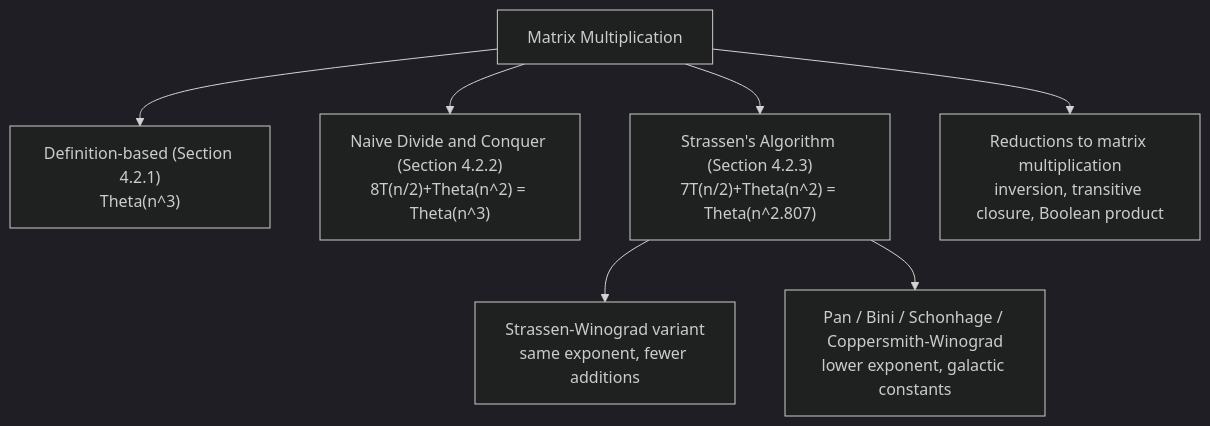
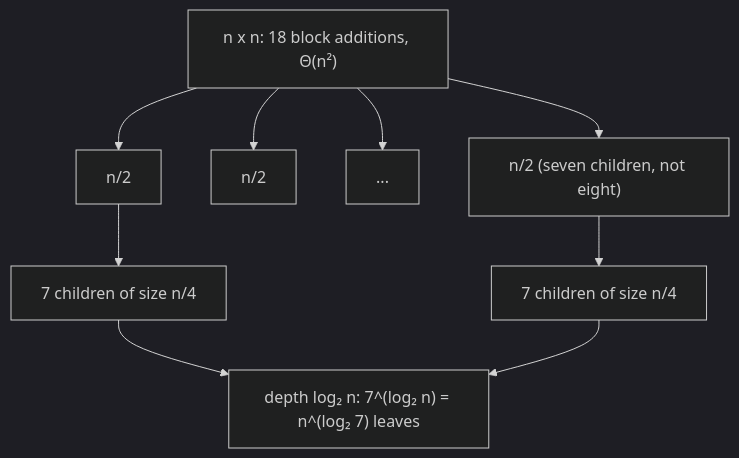
One commit to norbutlepcha25/CSF302 changed the second of 2 diagrams in docs/unit4/topic2.md. Above: the diagram before and after it, drawn with Mermaid (dark theme). The commit also changed other lines of this file and 79 other files, not shown here.

````diff
--- a/docs/unit4/topic2.md
+++ b/docs/unit4/topic2.md
@@ -1016,9 +261,11 @@
 ```mermaid
-graph TD
-    A["Matrix Multiplication"] --> B["Definition-based (Section 4.2.1)<br/>Theta(n^3)"]
-    A --> C["Naive Divide and Conquer (Section 4.2.2)<br/>8T(n/2)+Theta(n^2) = Theta(n^3)"]
-    A --> D["Strassen's Algorithm (Section 4.2.3)<br/>7T(n/2)+Theta(n^2) = Theta(n^2.807)"]
-    D --> E["Strassen-Winograd variant<br/>same exponent, fewer additions"]
-    D --> F["Pan / Bini / Schonhage / Coppersmith-Winograd<br/>lower exponent, galactic constants"]
-    A --> G["Reductions to matrix multiplication<br/>inversion, transitive closure, Boolean product"]
+flowchart TD
+    R["n x n: 18 block additions, Θ(n²)"] --> A1["n/2"]
+    R --> A2["n/2"]
+    R --> A3["..."]
+    R --> A7["n/2 (seven children, not eight)"]
+    A1 --> B1["7 children of size n/4"]
+    A7 --> B7["7 children of size n/4"]
+    B1 --> L["depth log₂ n: 7^(log₂ n) = n^(log₂ 7) leaves"]
+    B7 --> L
 ```
````
